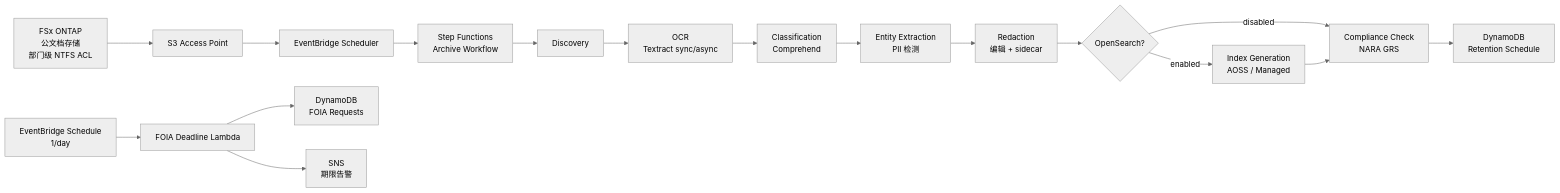
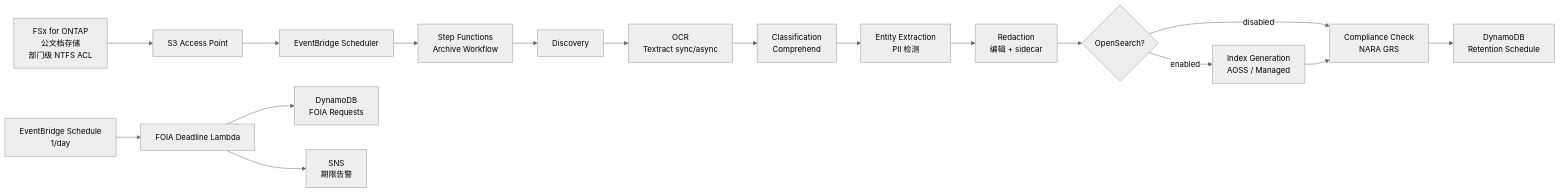
Before and after one commit to Yoshiki0705/FSx-for-ONTAP-S3AccessPoints-Serverless-Patterns: the diagram in government-archives/docs/architecture.zh-CN.md, drawn with Mermaid (neutral theme). The commit also changed other lines of this file and 752 other files, not shown here.

````diff
--- a/government-archives/docs/architecture.zh-CN.md
+++ b/government-archives/docs/architecture.zh-CN.md
@@ -15,20 +15,20 @@
 ```mermaid
 graph LR
-    FSx[FSx ONTAP<br/>公文档存储<br/>部门级 NTFS ACL] --> S3AP[S3 Access Point]
+    FSx[FSx for ONTAP<br/>公文档存储<br/>部门级 NTFS ACL] --> S3AP[S3 Access Point]
     S3AP --> EB[EventBridge Scheduler]
     EB --> SFN[Step Functions<br/>Archive Workflow]
     SFN --> L1[Discovery]
     L1 --> L2[OCR<br/>Textract sync/async]
     L2 --> L3[Classification<br/>Comprehend]
     L3 --> L4[Entity Extraction<br/>PII 检测]
     L4 --> L5[Redaction<br/>编辑 + sidecar]
     L5 --> C{OpenSearch?}
     C -->|enabled| L6[Index Generation<br/>AOSS / Managed]
     C -->|disabled| L7
     L6 --> L7[Compliance Check<br/>NARA GRS]
     L7 --> DDB[DynamoDB<br/>Retention Schedule]
 
     FD[EventBridge Schedule<br/>1/day] --> FL[FOIA Deadline Lambda]
     FL --> FDB[DynamoDB<br/>FOIA Requests]
     FL --> SNS[SNS<br/>期限告警]
 ```
````
